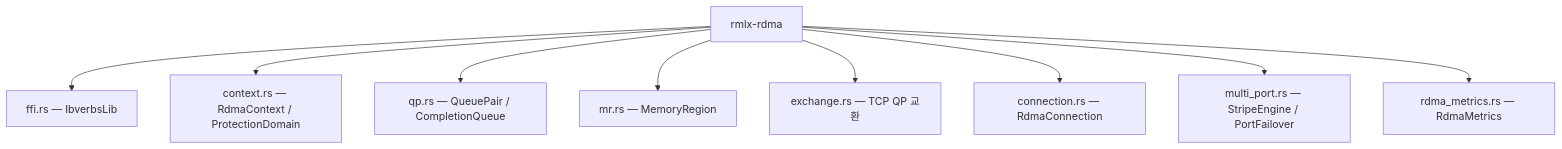
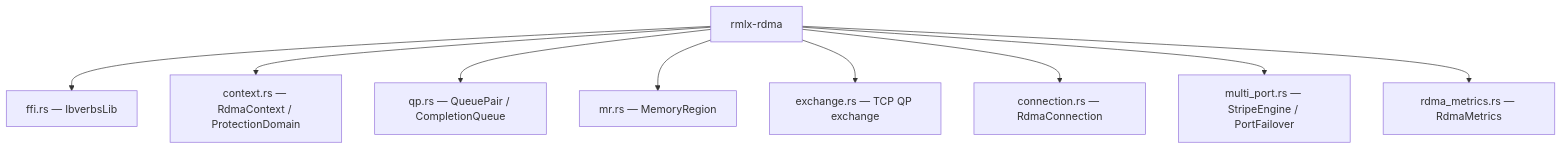
Before and after one commit to 0xDaizz/RMLX: the first of 4 diagrams in docs/crates/rmlx-rdma.md, drawn with Mermaid. The commit also changed other lines of this file and 30 other files, not shown here.

````diff
--- a/docs/crates/rmlx-rdma.md
+++ b/docs/crates/rmlx-rdma.md
@@ -13,11 +13,11 @@
 ```mermaid
 graph TD
     A[rmlx-rdma] --> B[ffi.rs — IbverbsLib]
     A --> C[context.rs — RdmaContext / ProtectionDomain]
     A --> D[qp.rs — QueuePair / CompletionQueue]
     A --> E[mr.rs — MemoryRegion]
-    A --> F[exchange.rs — TCP QP 교환]
+    A --> F[exchange.rs — TCP QP exchange]
     A --> G[connection.rs — RdmaConnection]
     A --> H[multi_port.rs — StripeEngine / PortFailover]
     A --> I[rdma_metrics.rs — RdmaMetrics]
 ```
````
